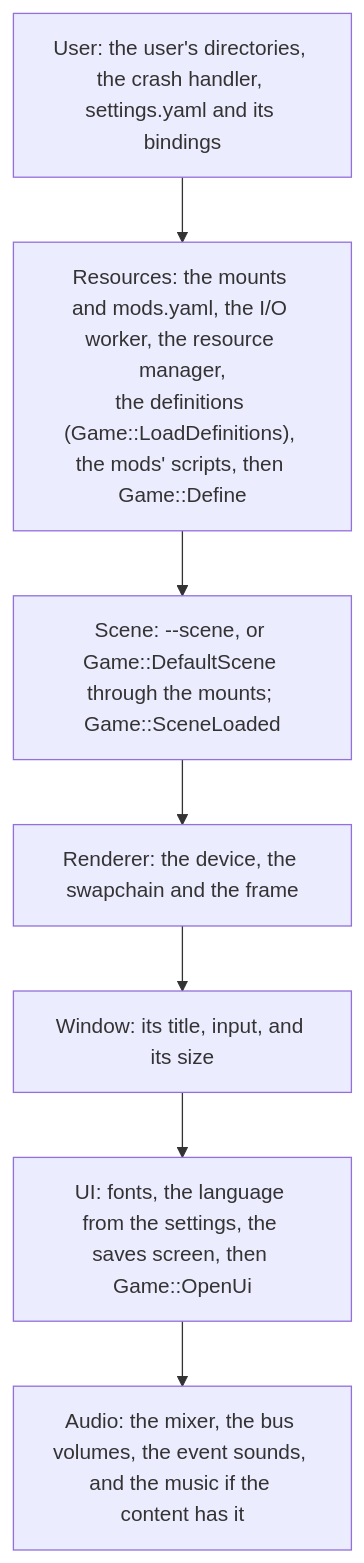
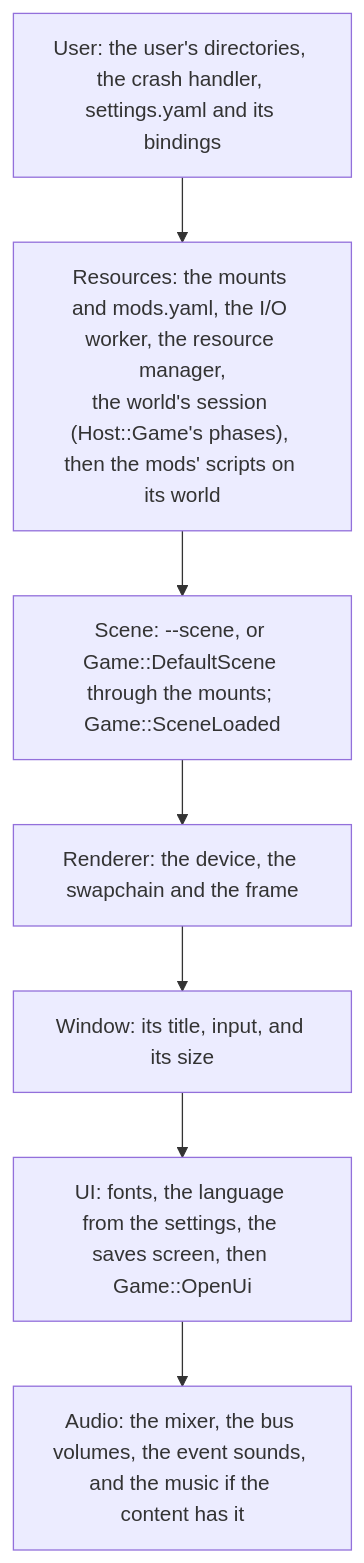
The first of 2 diagrams in docs/app-shell.md (ivanhawkes/jettison), drawn with Mermaid before and after one commit. The commit also changed other lines of this file and 24 other files, not shown here.

````diff
--- a/docs/app-shell.md
+++ b/docs/app-shell.md
@@ -98,11 +107,11 @@
 ```mermaid
 flowchart TD
     U["User: the user's directories, the crash handler, settings.yaml and its bindings"]
-    R["Resources: the mounts and mods.yaml, the I/O worker, the resource manager,<br/>the definitions (Game::LoadDefinitions), the mods' scripts, then Game::Define"]
+    R["Resources: the mounts and mods.yaml, the I/O worker, the resource manager,<br/>the world's session (Host::Game's phases), then the mods' scripts on its world"]
     S["Scene: --scene, or Game::DefaultScene through the mounts; Game::SceneLoaded"]
     G["Renderer: the device, the swapchain and the frame"]
     W["Window: its title, input, and its size"]
     I["UI: fonts, the language from the settings, the saves screen, then Game::OpenUi"]
     A["Audio: the mixer, the bus volumes, the event sounds, and the music if the content has it"]
     U --> R --> S --> G --> W --> I --> A
 ```
````
